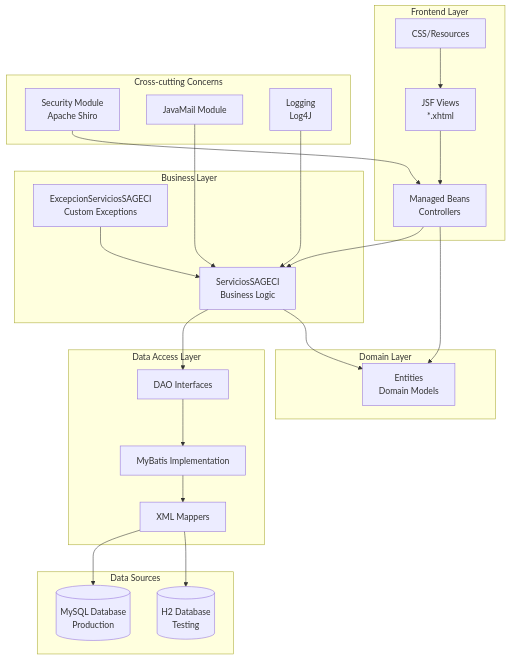
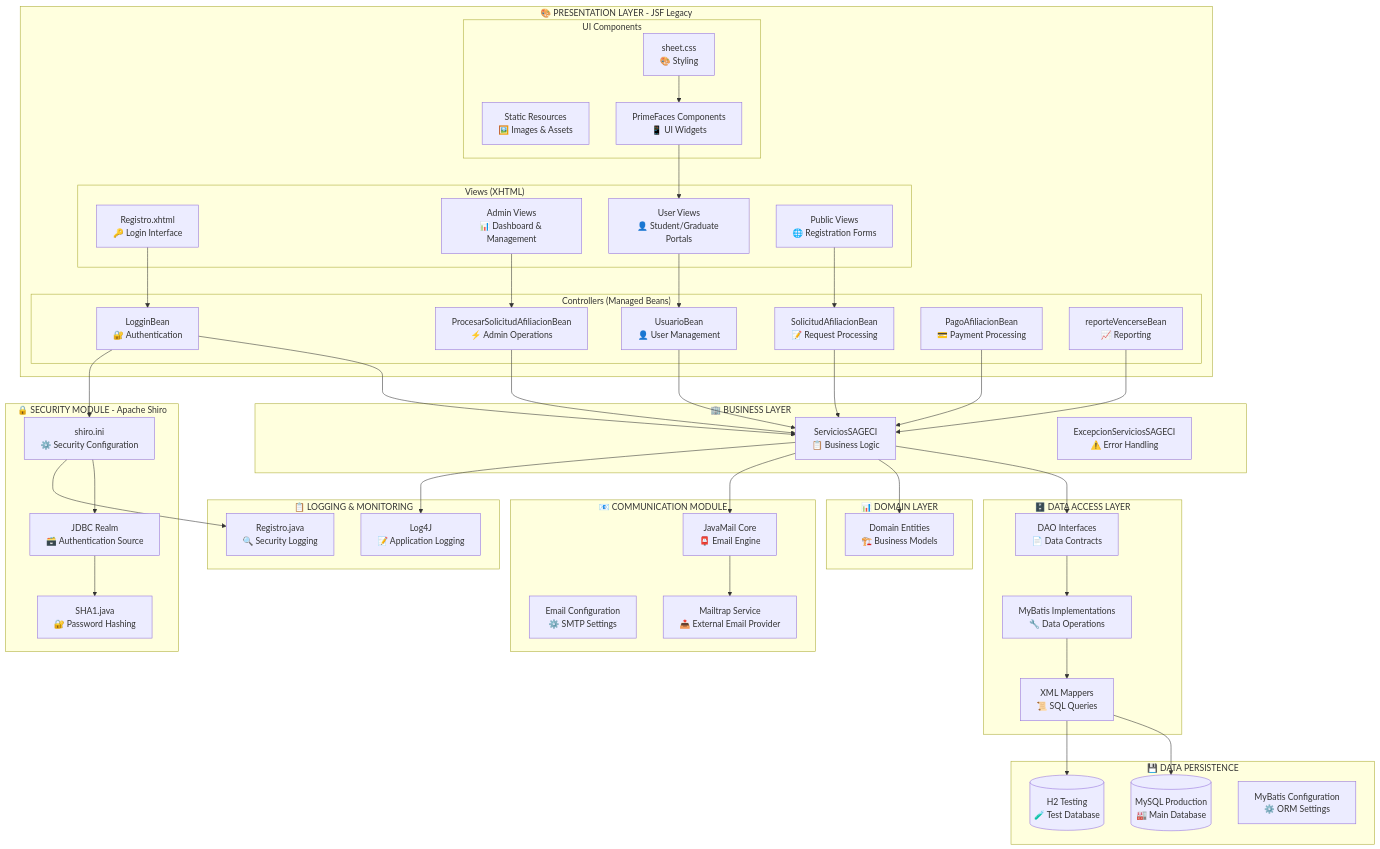
The first of 2 diagrams in diagrams.md (MaestriaEnIngenieriaDeSoftware-MISO/SGAECI-2-legacy), drawn with Mermaid before and after one commit. The commit also changed other lines of this file, not shown here.

Commit message:
Implement feature X to enhance user experience and optimize performance

````diff
--- a/diagrams.md
+++ b/diagrams.md
@@ -215,51 +5,97 @@
 ```mermaid
 graph TB
-    subgraph "Frontend Layer"
-        JSF[JSF Views<br/>*.xhtml]
-        MB[Managed Beans<br/>Controllers]
-        CSS[CSS/Resources]
+    subgraph "🎨 PRESENTATION LAYER - JSF Legacy"
+        subgraph "Views (XHTML)"
+            LOGIN[Registro.xhtml<br/>🔑 Login Interface]
+            ADMIN_VIEWS[Admin Views<br/>📊 Dashboard & Management]
+            USER_VIEWS[User Views<br/>👤 Student/Graduate Portals]
+            PUBLIC_VIEWS[Public Views<br/>🌐 Registration Forms]
+        end
+        
+        subgraph "Controllers (Managed Beans)"
+            AUTH_CTRL[LogginBean<br/>🔐 Authentication]
+            USER_CTRL[UsuarioBean<br/>👤 User Management]
+            REQ_CTRL[SolicitudAfiliacionBean<br/>📝 Request Processing]
+            ADMIN_CTRL[ProcesarSolicitudAfiliacionBean<br/>⚡ Admin Operations]
+            PAY_CTRL[PagoAfiliacionBean<br/>💳 Payment Processing]
+            RPT_CTRL[reporteVencerseBean<br/>📈 Reporting]
+        end
+        
+        subgraph "UI Components"
+            CSS[sheet.css<br/>🎨 Styling]
+            RESOURCES[Static Resources<br/>🖼️ Images & Assets]
+            PRIMEFACES[PrimeFaces Components<br/>📱 UI Widgets]
+        end
     end
     
-    subgraph "Business Layer"
-        SVC[ServiciosSAGECI<br/>Business Logic]
-        EXC[ExcepcionServiciosSAGECI<br/>Custom Exceptions]
+    subgraph "🏢 BUSINESS LAYER"
+        SERVICES[ServiciosSAGECI<br/>📋 Business Logic]
+        EXCEPTIONS[ExcepcionServiciosSAGECI<br/>⚠️ Error Handling]
     end
     
-    subgraph "Data Access Layer"
-        DAO[DAO Interfaces]
-        MYBATIS[MyBatis Implementation]
-        MAPPERS[XML Mappers]
+    subgraph "🗄️ DATA ACCESS LAYER"
+        DAO_INTERFACES[DAO Interfaces<br/>📄 Data Contracts]
+        MYBATIS_IMPL[MyBatis Implementations<br/>🔧 Data Operations]
+        SQL_MAPPERS[XML Mappers<br/>📜 SQL Queries]
     end
     
-    subgraph "Domain Layer"
-        ENT[Entities<br/>Domain Models]
+    subgraph "📊 DOMAIN LAYER"
+        ENTITIES[Domain Entities<br/>🏗️ Business Models]
     end
     
-    subgraph "Cross-cutting Concerns"
-        SEC[Security Module<br/>Apache Shiro]
-        MAIL[JavaMail Module]
-        LOG[Logging<br/>Log4J]
+    subgraph "🔒 SECURITY MODULE - Apache Shiro"
+        SHIRO_CONFIG[shiro.ini<br/>⚙️ Security Configuration]
+        AUTH_REALM[JDBC Realm<br/>🗃️ Authentication Source]
+        ENCRYPTION[SHA1.java<br/>🔐 Password Hashing]
     end
     
-    subgraph "Data Sources"
-        MYSQL[(MySQL Database<br/>Production)]
-        H2[(H2 Database<br/>Testing)]
+    subgraph "📧 COMMUNICATION MODULE"
+        EMAIL_CORE[JavaMail Core<br/>📮 Email Engine]
+        EMAIL_CONFIG[Email Configuration<br/>⚙️ SMTP Settings]
+        MAILTRAP[Mailtrap Service<br/>📤 External Email Provider]
     end
     
-    JSF --> MB
-    MB --> SVC
-    SVC --> DAO
-    DAO --> MYBATIS
-    MYBATIS --> MAPPERS
-    MAPPERS --> MYSQL
-    MAPPERS --> H2
-    SVC --> ENT
-    MB --> ENT
+    subgraph "💾 DATA PERSISTENCE"
+        MYSQL_PROD[(MySQL Production<br/>🏭 Main Database)]
+        H2_TEST[(H2 Testing<br/>🧪 Test Database)]
+        MYBATIS_CONFIG[MyBatis Configuration<br/>⚙️ ORM Settings]
+    end
     
-    SEC --> MB
-    MAIL --> SVC
-    LOG --> SVC
-    EXC --> SVC
+    subgraph "📋 LOGGING & MONITORING"
+        LOG4J[Log4J<br/>📝 Application Logging]
+        REGISTRO[Registro.java<br/>🔍 Security Logging]
+    end
+
+    %% Connections
+    LOGIN --> AUTH_CTRL
+    ADMIN_VIEWS --> ADMIN_CTRL
+    USER_VIEWS --> USER_CTRL
+    PUBLIC_VIEWS --> REQ_CTRL
     
-    CSS --> JSF
+    AUTH_CTRL --> SERVICES
+    USER_CTRL --> SERVICES
+    REQ_CTRL --> SERVICES
+    ADMIN_CTRL --> SERVICES
+    PAY_CTRL --> SERVICES
+    RPT_CTRL --> SERVICES
+    
+    SERVICES --> DAO_INTERFACES
+    DAO_INTERFACES --> MYBATIS_IMPL
+    MYBATIS_IMPL --> SQL_MAPPERS
+    SQL_MAPPERS --> MYSQL_PROD
+    SQL_MAPPERS --> H2_TEST
+    
+    SERVICES --> ENTITIES
+    SERVICES --> EMAIL_CORE
+    EMAIL_CORE --> MAILTRAP
+    
+    AUTH_CTRL --> SHIRO_CONFIG
+    SHIRO_CONFIG --> AUTH_REALM
+    AUTH_REALM --> ENCRYPTION
+    
+    SERVICES --> LOG4J
+    SHIRO_CONFIG --> REGISTRO
+    
+    CSS --> PRIMEFACES
+    PRIMEFACES --> USER_VIEWS
 ```
````
